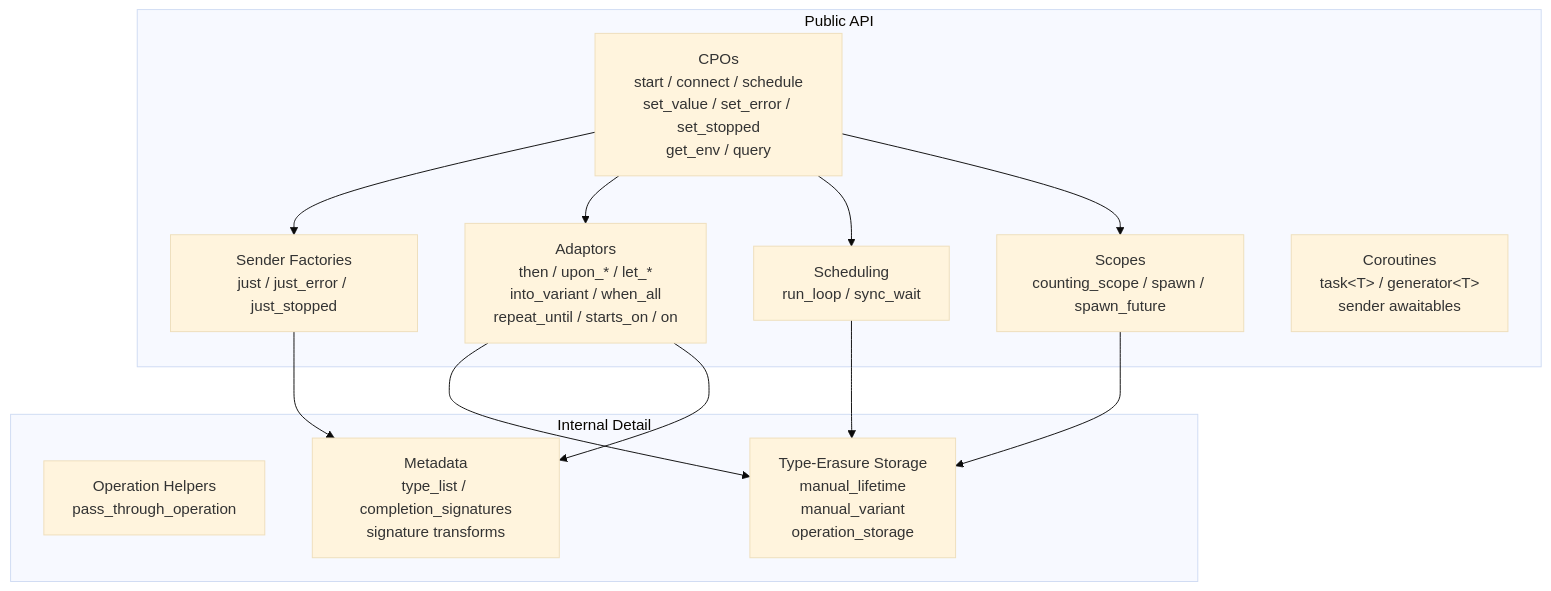
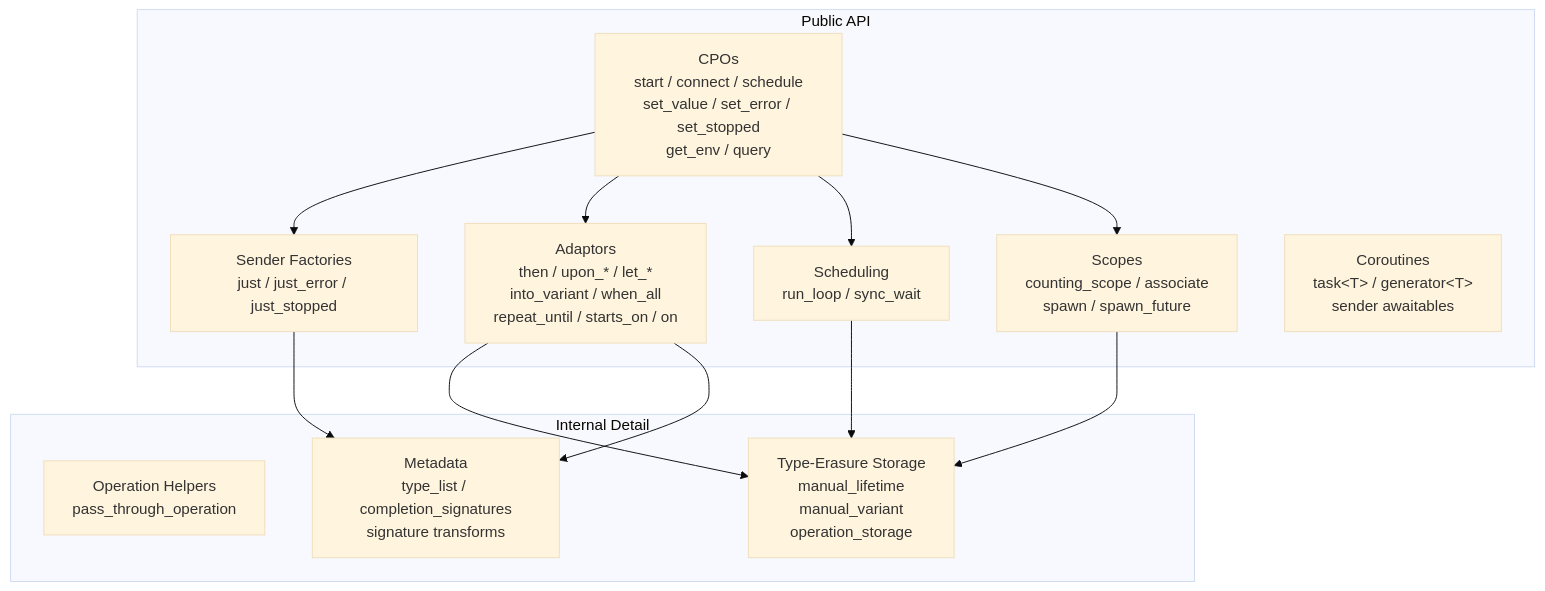
The first of 6 diagrams in docs/design.md (haomingbai/bexec), drawn with Mermaid (base theme) before and after one commit. The commit also changed other lines of this file and 12 other files, not shown here.

First line of the commit message:
refactor(scope): align associate and spawn consumers with C++26

````diff
--- a/docs/design.md
+++ b/docs/design.md
@@ -14,27 +14,27 @@
 ```mermaid
 graph TB
     subgraph "Public API"
         CPO["CPOs<br/>start / connect / schedule<br/>set_value / set_error / set_stopped<br/>get_env / query"]
         SENDERS["Sender Factories<br/>just / just_error / just_stopped"]
         ADAPTORS["Adaptors<br/>then / upon_* / let_*<br/>into_variant / when_all<br/>repeat_until / starts_on / on"]
         SCHED["Scheduling<br/>run_loop / sync_wait"]
-        SCOPES["Scopes<br/>counting_scope / spawn / spawn_future"]
+        SCOPES["Scopes<br/>counting_scope / associate<br/>spawn / spawn_future"]
         TASK["Coroutines<br/>task&lt;T&gt; / generator&lt;T&gt;<br/>sender awaitables"]
     end
 
     subgraph "Internal Detail"
         OPS["Operation Helpers<br/>pass_through_operation"]
         STORAGE["Type-Erasure Storage<br/>manual_lifetime<br/>manual_variant<br/>operation_storage"]
         META["Metadata<br/>type_list / completion_signatures<br/>signature transforms"]
     end
 
     CPO --> SENDERS
     CPO --> ADAPTORS
     CPO --> SCHED
     CPO --> SCOPES
     ADAPTORS --> STORAGE
     SCHED --> STORAGE
     SCOPES --> STORAGE
     ADAPTORS --> META
     SENDERS --> META
 ```
````
